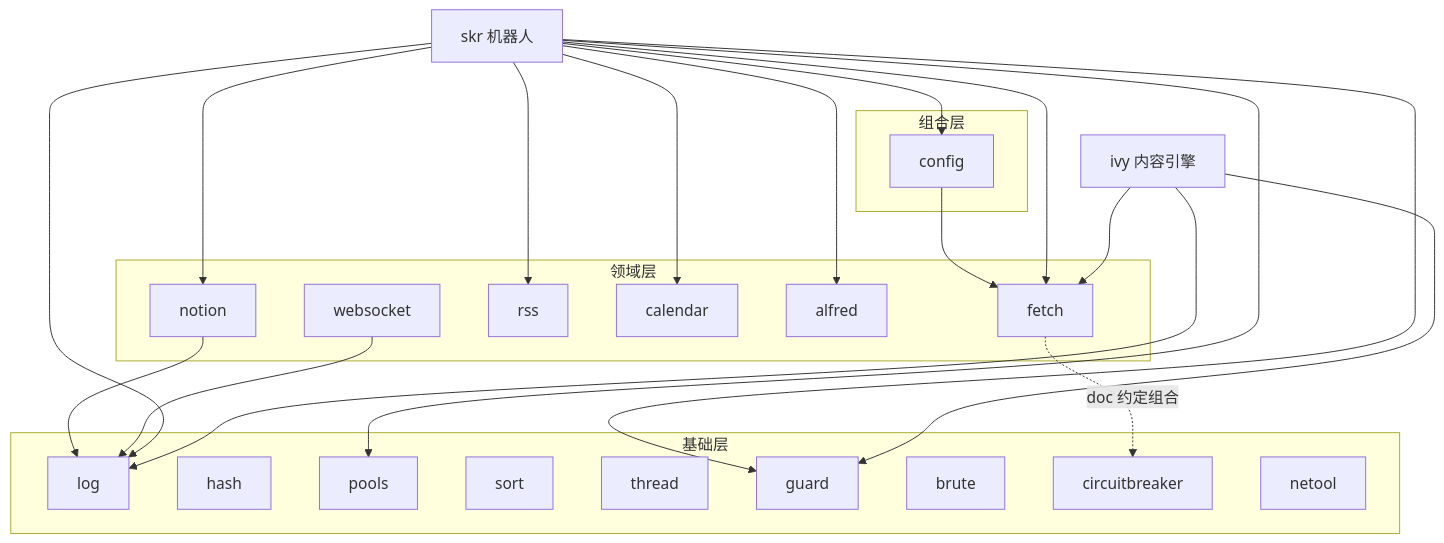
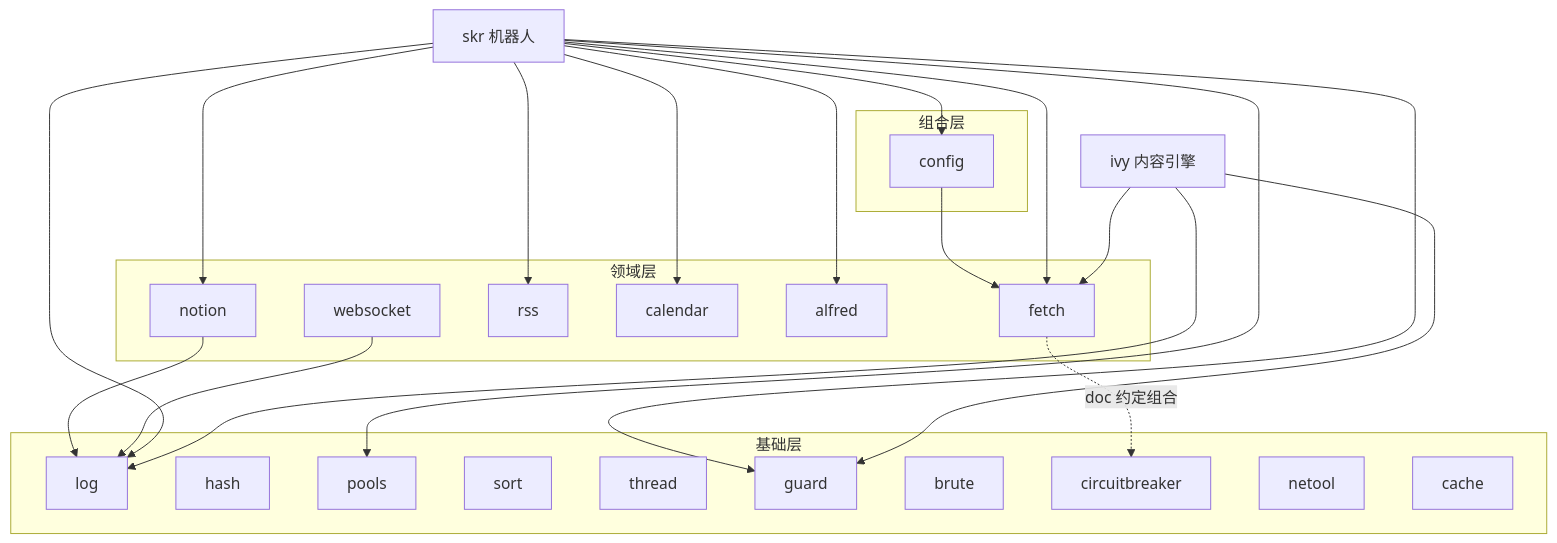
Before and after one commit to tr1v3r/pkg: the diagram in ARCHITECTURE.md, drawn with Mermaid. The commit also changed other lines of this file and 34 other files, not shown here.

````diff
--- a/ARCHITECTURE.md
+++ b/ARCHITECTURE.md
@@ -47,35 +48,36 @@
 ```mermaid
 graph TD
     subgraph 组合层
         config
     end
     subgraph 领域层
         fetch
         notion
         rss
         calendar
         alfred
         websocket
     end
     subgraph 基础层
         log
         hash
         pools
         sort
         thread
         guard
         brute
         circuitbreaker
         netool
+        cache
     end
 
     config --> fetch
     notion --> log
     websocket --> log
 
     %% 调用点约定组合（无 import 依赖）
     fetch -. doc 约定组合 .-> circuitbreaker
 
     skr[skr 机器人] --> log & fetch & notion & pools & alfred & rss & config & calendar & guard
     ivy[ivy 内容引擎] --> log & fetch & guard
 ```
````
